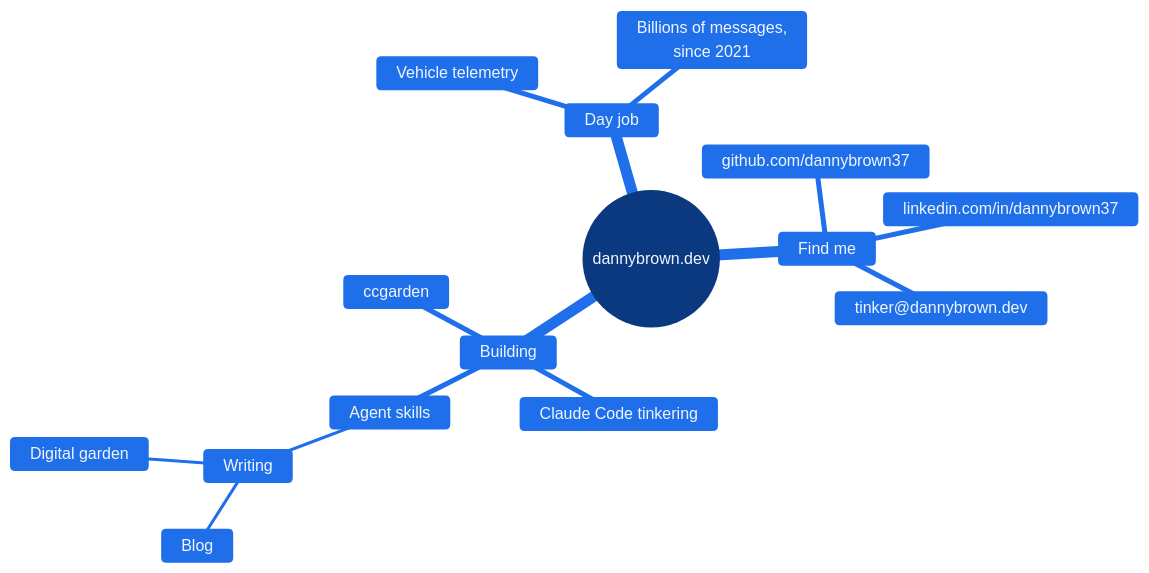
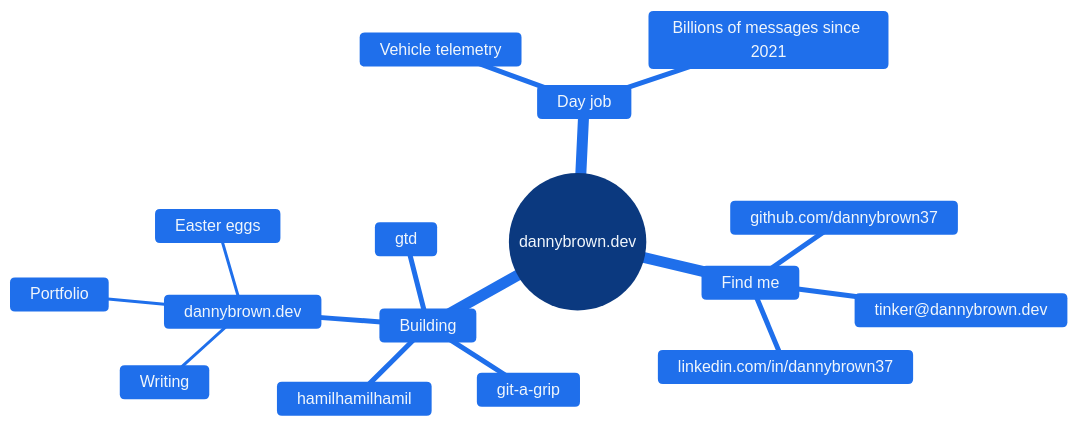
The diagram in README.md (dannybrown37/dannybrown37), drawn with Mermaid before and after one commit. The commit also changed other lines of this file, not shown here.

Commit message:
Revise project list and fix formatting issues
Updated the list of projects and corrected formatting.

````diff
--- a/README.md
+++ b/README.md
@@ -7,24 +7,26 @@
 ```mermaid
 %%{init: {'theme':'base', 'themeVariables': {
   'primaryColor':'#1f6feb','primaryTextColor':'#f0f6fc','primaryBorderColor':'#58a6ff',
   'lineColor':'#8b949e','textColor':'#f0f6fc','fontSize':'16px',
   'cScale0':'#1f6feb','cScale1':'#1f6feb','cScale2':'#1f6feb','cScale3':'#1f6feb',
   'cScaleLabel0':'#f0f6fc','cScaleLabel1':'#f0f6fc','cScaleLabel2':'#f0f6fc','cScaleLabel3':'#f0f6fc'
 }}}%%
 mindmap
   root((dannybrown.dev))
     Find me
       github.com/dannybrown37
       linkedin.com/in/dannybrown37
       tinker@dannybrown.dev
     Building
-      ccgarden
-      Claude Code tinkering
-      Agent skills
+      gtd
+      git-a-grip
+      hamilhamilhamil
+      dannybrown.dev
         Writing
-          Blog
-          Digital garden
+        Portfolio
+        Easter eggs
     Day job
       Vehicle telemetry
-      Billions of messages,<br/>since 2021
+      Billions of messages since 2021
+
 ```
````
